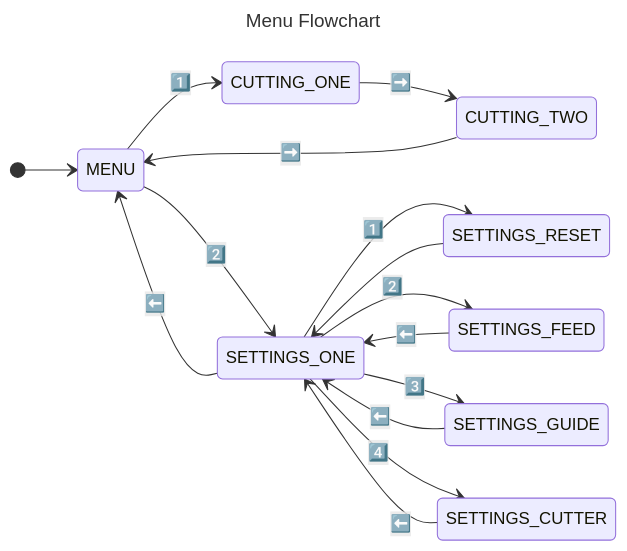
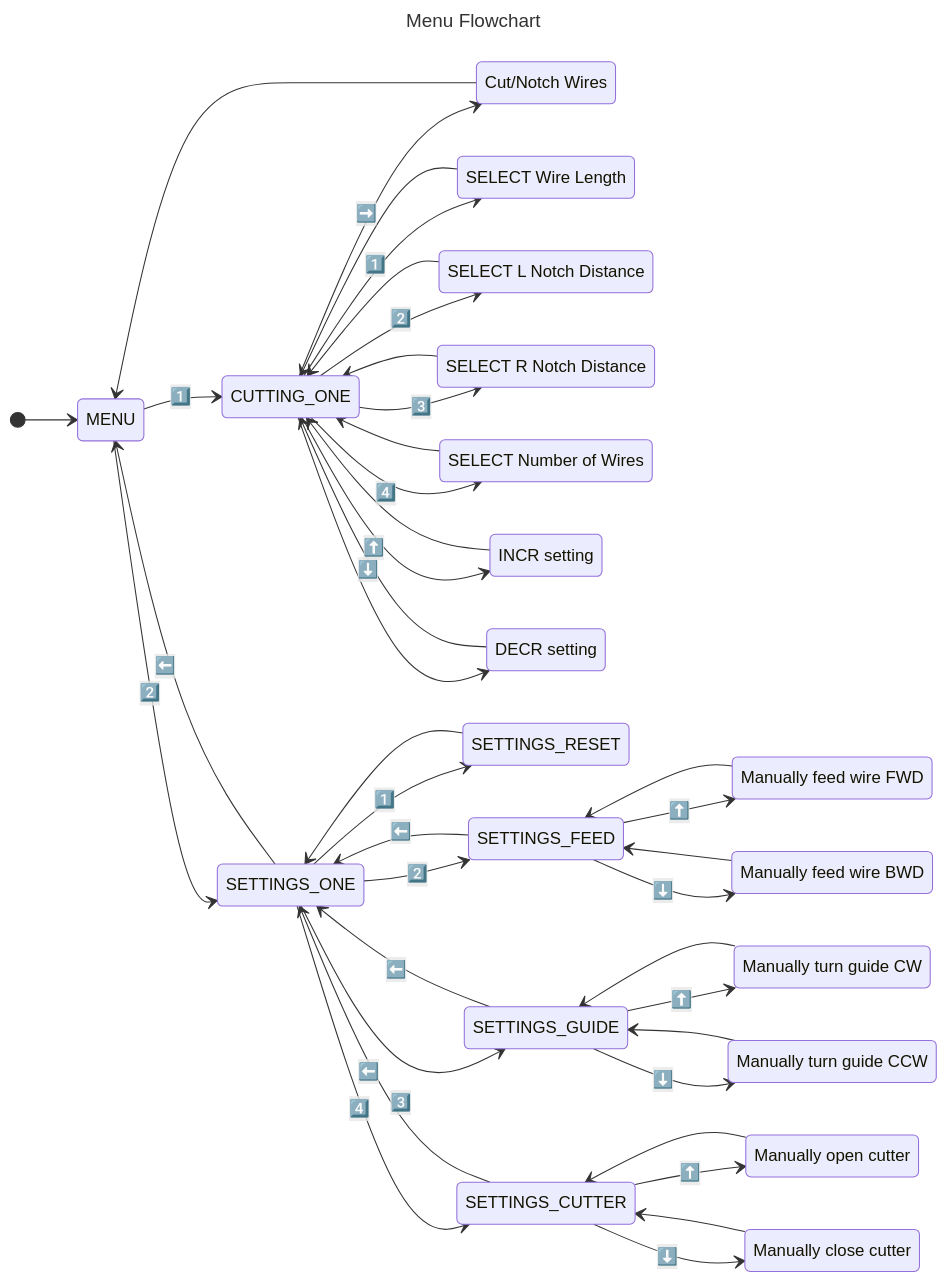
The diagram in _projects/wire_cutting_machine.md (tcontis/tcontis.github.io), drawn with Mermaid before and after one commit.

Commit message:
state diagram

````diff
--- a/_projects/wire_cutting_machine.md
+++ b/_projects/wire_cutting_machine.md
@@ -49,21 +49,70 @@
 ```mermaid
 ---
 title: Menu Flowchart
 ---
 stateDiagram-v2
   direction LR
   [*] --> MENU
   MENU --> CUTTING_ONE:1️⃣
   CUTTING_ONE --> CUTTING_TWO:➡️
-  CUTTING_TWO --> MENU:➡️
+
+  state "SELECT Wire Length" as S1
+  state "SELECT L Notch Distance" as S2
+  state "SELECT R Notch Distance" as S3
+  state "SELECT Number of Wires" as S4
+  state "INCR setting" as SU
+  state "DECR setting" as SD
+
+  CUTTING_ONE --> S1:1️⃣
+  S1 --> CUTTING_ONE
+   CUTTING_ONE --> S2:2️⃣
+  S2 --> CUTTING_ONE
+   CUTTING_ONE --> S3:3️⃣
+  S3 --> CUTTING_ONE
+   CUTTING_ONE --> S4:4️⃣
+  S4 --> CUTTING_ONE
+    CUTTING_ONE --> SU: ⬆️
+  SU --> CUTTING_ONE
+    CUTTING_ONE --> SD
+  SD --> CUTTING_ONE: ⬇️
+
+  state "Cut/Notch Wires" as CUTTING_TWO
+  CUTTING_TWO --> MENU
   MENU --> SETTINGS_ONE:2️⃣
   SETTINGS_ONE --> MENU:⬅️
   SETTINGS_ONE --> SETTINGS_RESET:1️⃣
   SETTINGS_RESET --> SETTINGS_ONE
   SETTINGS_ONE --> SETTINGS_FEED:2️⃣
   SETTINGS_FEED --> SETTINGS_ONE:⬅️
+
+
+  state "Manually feed wire FWD" as SFA
+  SETTINGS_FEED --> SFA: ⬆️
+  SFA --> SETTINGS_FEED
+   state "Manually feed wire BWD" as SFB
+  SETTINGS_FEED --> SFB: ⬇️
+  SFB --> SETTINGS_FEED
+
   SETTINGS_ONE --> SETTINGS_GUIDE:3️⃣
   SETTINGS_GUIDE --> SETTINGS_ONE:⬅️
+    
+  state "Manually turn guide CW" as SGA
+  SETTINGS_GUIDE --> SGA: ⬆️
+  SGA --> SETTINGS_GUIDE
+   state "Manually turn guide CCW" as SGB
+  SETTINGS_GUIDE --> SGB: ⬇️
+  SGB --> SETTINGS_GUIDE
+
+
   SETTINGS_ONE --> SETTINGS_CUTTER:4️⃣
   SETTINGS_CUTTER --> SETTINGS_ONE:⬅️
+  
+   state "Manually open cutter" as SCA
+  SETTINGS_CUTTER --> SCA: ⬆️
+  SCA -->  SETTINGS_CUTTER
+   state "Manually close cutter" as SCB
+  SETTINGS_CUTTER --> SCB: ⬇️
+  SCB -->  SETTINGS_CUTTER
+
+
 ```
````
